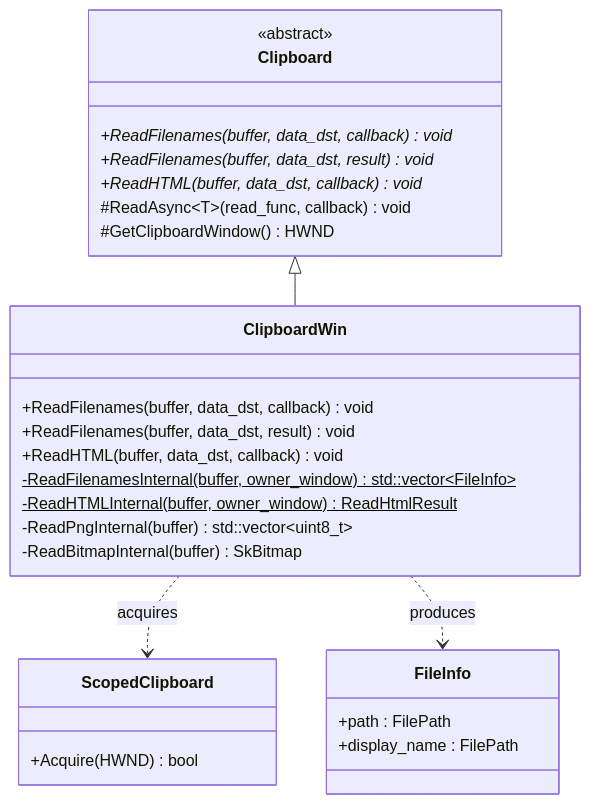
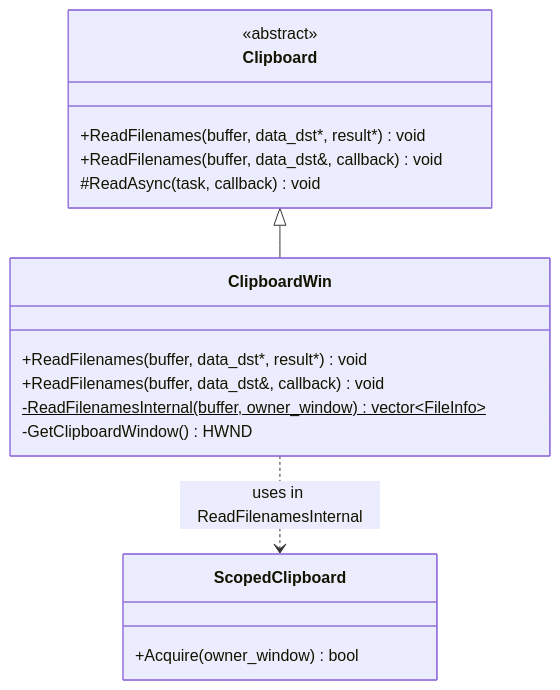
Before and after one commit to roraja/cr-llm-docs: the third of 4 diagrams in fixes/cl-7556734-20260213/lld.md, drawn with Mermaid. The commit also changed other lines of this file, not shown here.

````diff
--- a/fixes/cl-7556734-20260213/lld.md
+++ b/fixes/cl-7556734-20260213/lld.md
@@ -178,34 +127,24 @@
 ```mermaid
 classDiagram
     class Clipboard {
         <<abstract>>
-        +ReadFilenames(buffer, data_dst, callback)* void
-        +ReadFilenames(buffer, data_dst, result)* void
-        +ReadHTML(buffer, data_dst, callback)* void
-        #ReadAsync~T~(read_func, callback) void
-        #GetClipboardWindow() HWND
+        +ReadFilenames(buffer, data_dst*, result*) void
+        +ReadFilenames(buffer, data_dst&, callback) void
+        #ReadAsync(task, callback) void
     }
 
     class ClipboardWin {
-        +ReadFilenames(buffer, data_dst, callback) void
-        +ReadFilenames(buffer, data_dst, result) void
-        +ReadHTML(buffer, data_dst, callback) void
-        -ReadFilenamesInternal(buffer, owner_window)$ std::vector~FileInfo~
-        -ReadHTMLInternal(buffer, owner_window)$ ReadHtmlResult
-        -ReadPngInternal(buffer) std::vector~uint8_t~
-        -ReadBitmapInternal(buffer) SkBitmap
-    }
-
-    class ScopedClipboard {
-        +Acquire(HWND) bool
-    }
-
-    class FileInfo {
-        +path : FilePath
-        +display_name : FilePath
+        +ReadFilenames(buffer, data_dst*, result*) void
+        +ReadFilenames(buffer, data_dst&, callback) void
+        -ReadFilenamesInternal(buffer, owner_window)$ vector~FileInfo~
+        -GetClipboardWindow() HWND
     }
 
     Clipboard <|-- ClipboardWin
-    ClipboardWin ..> ScopedClipboard : acquires
-    ClipboardWin ..> FileInfo : produces
+
+    class ScopedClipboard {
+        +Acquire(owner_window) bool
+    }
+
+    ClipboardWin ..> ScopedClipboard : uses in ReadFilenamesInternal
 ```
````
